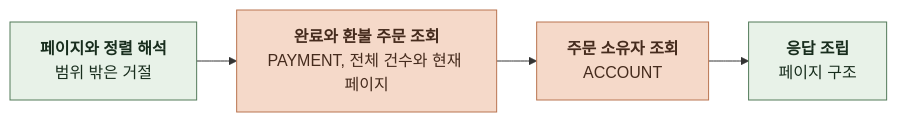
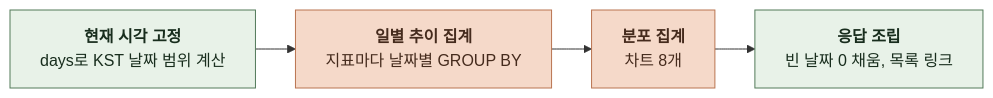
Before and after one commit to KIM-N-KANG/knk-harness: the sixth of 11 diagrams in docs/domain/ADMIN/BACKEND/4-1-PIPELINES.md, drawn with Mermaid. The commit also changed other lines of this file and 14 other files, not shown here.

````diff
--- a/docs/domain/ADMIN/BACKEND/4-1-PIPELINES.md
+++ b/docs/domain/ADMIN/BACKEND/4-1-PIPELINES.md
@@ -125,15 +159,15 @@
 ```mermaid
 %%{init: {"flowchart": {"curve": "basis", "nodeSpacing": 24, "rankSpacing": 40}}}%%
 flowchart LR
-    A["`**페이지와 정렬 해석**
-범위 밖은 거절`"] --> B["`**완료와 환불 주문 조회**
-PAYMENT, 전체 건수와 현재 페이지`"]
-    B --> C["`**주문 소유자 조회**
-ACCOUNT`"]
+    A["`**현재 시각 고정**
+days로 KST 날짜 범위 계산`"] --> B["`**일별 추이 집계**
+지표마다 날짜별 GROUP BY`"]
+    B --> C["`**분포 집계**
+차트 8개`"]
     C --> D["`**응답 조립**
-페이지 구조`"]
+빈 날짜 0 채움, 목록 링크`"]
     classDef comp fill:#E8F2E8,stroke:#527A59,color:#182D1D
     classDef task fill:#F5D9C9,stroke:#B97450,color:#452B1D
     class A,D comp
     class B,C task
 ```
````
